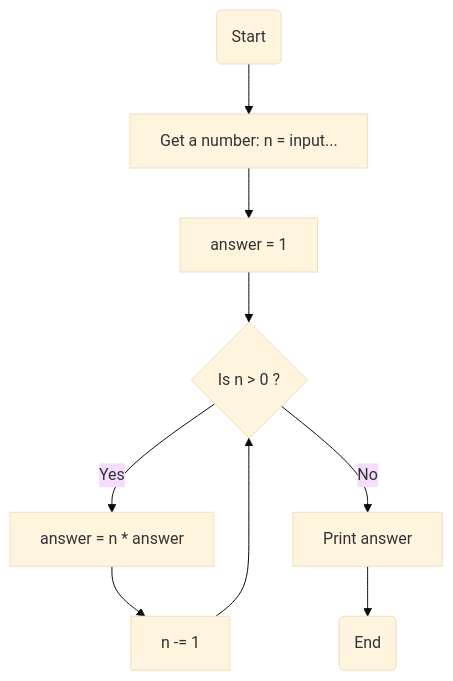
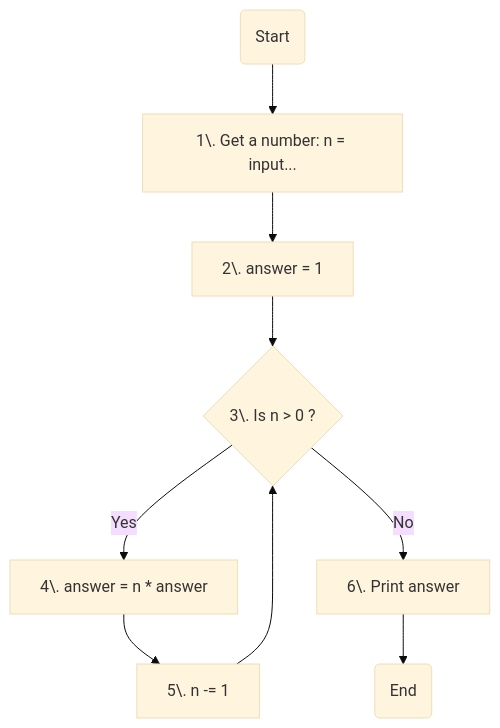
One commit to hayyaun/kids changed the diagram in exercises/exercise-3-1.md. Above: the diagram before and after it, drawn with Mermaid (base theme). The commit also changed other lines of this file, not shown here.

````diff
--- a/exercises/exercise-3-1.md
+++ b/exercises/exercise-3-1.md
@@ -30,11 +28,11 @@
 ```mermaid
 flowchart TD
-    A(Start) --> B[Get a number: n = input...]
-    B --> C[answer = 1]
-    C --> D{Is n > 0 ?}
-    D -- Yes --> E[answer = n * answer]
-    E --> F[n -= 1]
+    A(Start) --> B["1\. Get a number: n = input..."]
+    B --> C[2\. answer = 1]
+    C --> D{3\. Is n > 0 ?}
+    D -- Yes --> E[4\. answer = n * answer]
+    E --> F[5\. n -= 1]
     F --> D
-    D -- No --> G[Print answer]
+    D -- No --> G[6\. Print answer]
     G --> H(End)
 ```
````
